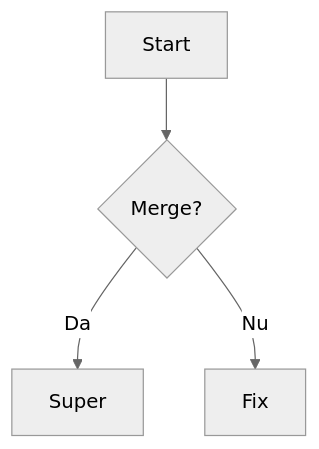
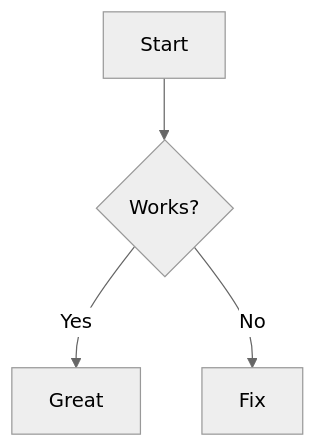
Before and after one commit to marian000/markdown-reader: the diagram in www/sample/welcome.md, drawn with Mermaid (neutral theme). The commit also changed other lines of this file and 6 other files, not shown here.

````diff
--- a/www/sample/welcome.md
+++ b/www/sample/welcome.md
@@ -31,6 +31,6 @@
 ```mermaid
 graph TD
-  A[Start] --> B{Merge?}
-  B -->|Da| C[Super]
-  B -->|Nu| D[Fix]
+  A[Start] --> B{Works?}
+  B -->|Yes| C[Great]
+  B -->|No| D[Fix]
 ```
````
